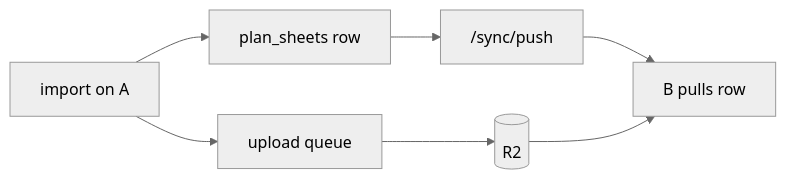
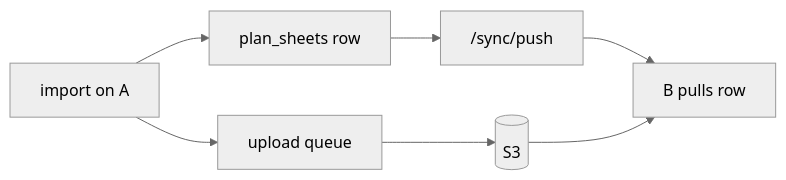
Before and after one commit to DAMHONGDUC/site-log-ios: the eighth of 8 diagrams in docs/feature-guide/S6-reports-plans/F11-plans.md, drawn with Mermaid (neutral theme). The commit also changed other lines of this file and 33 other files, not shown here.

````diff
--- a/docs/feature-guide/S6-reports-plans/F11-plans.md
+++ b/docs/feature-guide/S6-reports-plans/F11-plans.md
@@ -264,5 +266,5 @@
 ```mermaid
 flowchart LR
     Import["import on A"] --> Row["plan_sheets row"] --> Sync["/sync/push"] --> B["B pulls row"]
-    Import --> Up["upload queue"] --> R2[("R2")] --> B
+    Import --> Up["upload queue"] --> S3[("S3")] --> B
 ```
````
